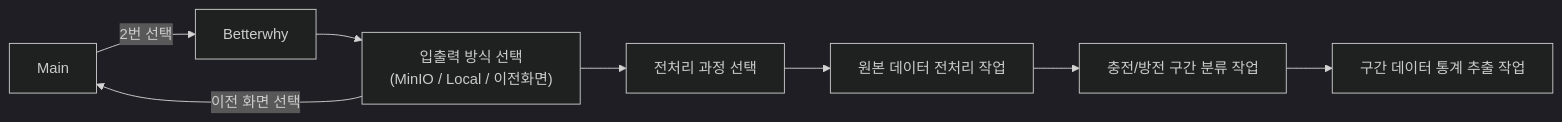
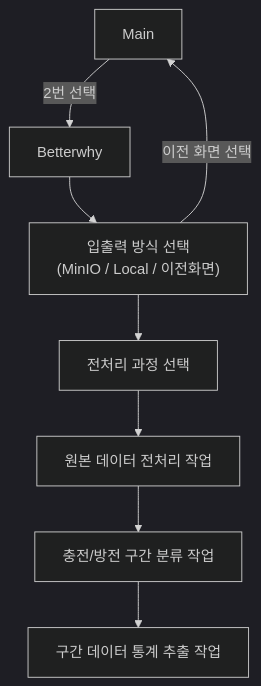
Before and after one commit to WO2IN/posAppSystem: the diagram in readme.md, drawn with Mermaid (dark theme).

````diff
--- a/readme.md
+++ b/readme.md
@@ -3,13 +3,13 @@
 ```mermaid
-graph LR;
+graph TB;
     Main --> |2번 선택|betterwhy[Betterwhy]
     
-    betterwhy --> input/output["입출력 방식 선택 <br> (MinIO / Local / 이전화면)"] 
+    betterwhy --> input_output["입출력 방식 선택 <br> (MinIO / Local / 이전화면)"] 
 
-    input/output --> preproc_select[전처리 과정 선택]
-    input/output --> |이전 화면 선택|Main
+    input_output --> preproc_select[전처리 과정 선택]
+    input_output --> |이전 화면 선택|Main
 
-    preproc_select --> frist_preproc[원본 데이터 전처리 작업]
-    frist_preproc --> classify_charging[충전/방전 구간 분류 작업]
+    preproc_select --> first_preproc[원본 데이터 전처리 작업]
+    first_preproc --> classify_charging[충전/방전 구간 분류 작업]
     classify_charging --> section_statistics[구간 데이터 통계 추출 작업]
 ```
````
